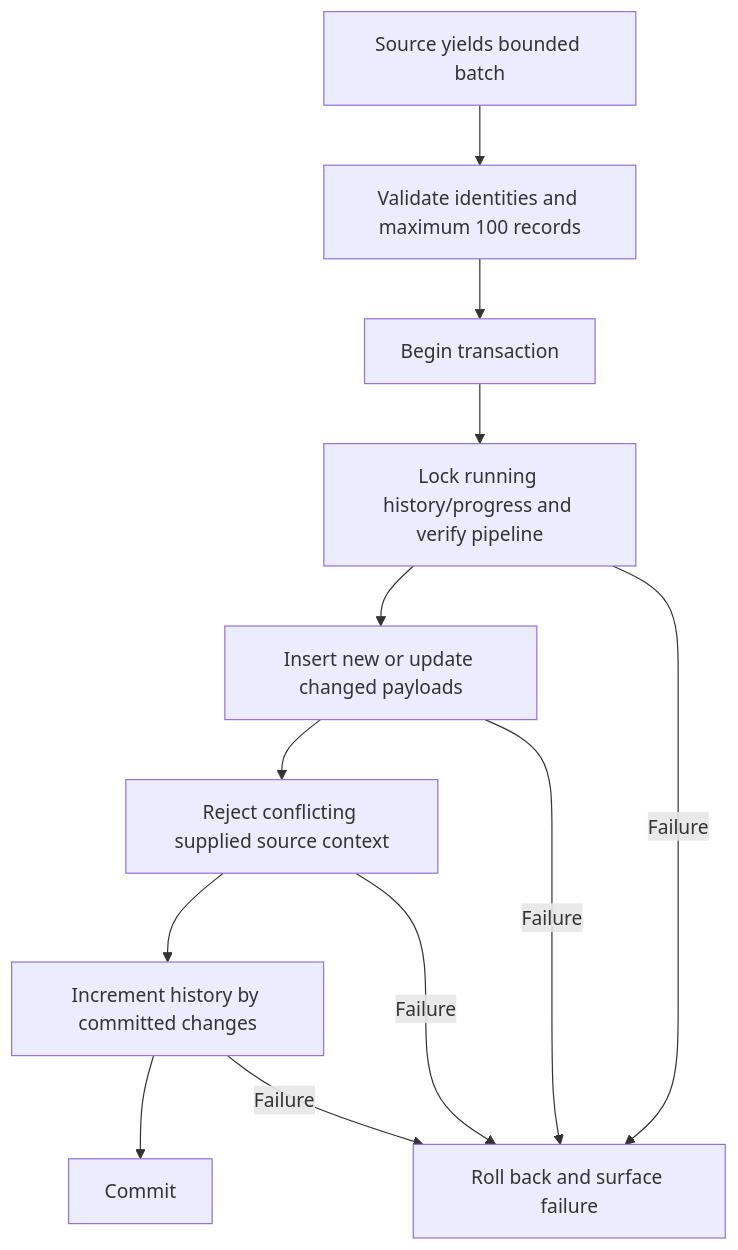
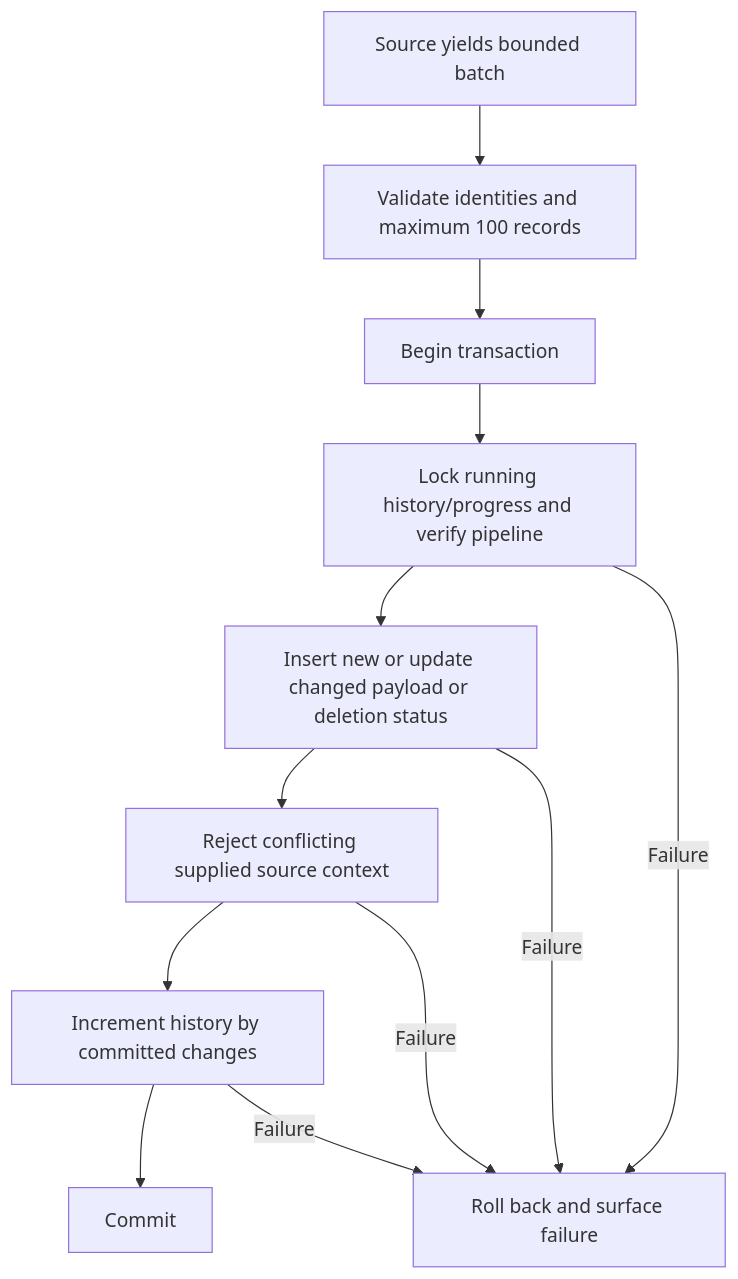
The second of 4 diagrams in documentation/data-flow.md (Shralp-Tamarack/data-pipeline-system-v2), drawn with Mermaid before and after one commit. The commit also changed other lines of this file and 31 other files, not shown here.

````diff
--- a/documentation/data-flow.md
+++ b/documentation/data-flow.md
@@ -37,14 +37,14 @@
 ```mermaid
 flowchart TD
     A[Source yields bounded batch] --> B[Validate identities and maximum 100 records]
     B --> C[Begin transaction]
     C --> D[Lock running history/progress and verify pipeline]
-    D --> E[Insert new or update changed payloads]
+    D --> E[Insert new or update changed payload or deletion status]
     E --> F[Reject conflicting supplied source context]
     F --> G[Increment history by committed changes]
     G --> H[Commit]
     D -->|Failure| R[Roll back and surface failure]
     E -->|Failure| R
     F -->|Failure| R
     G -->|Failure| R
 ```
````
